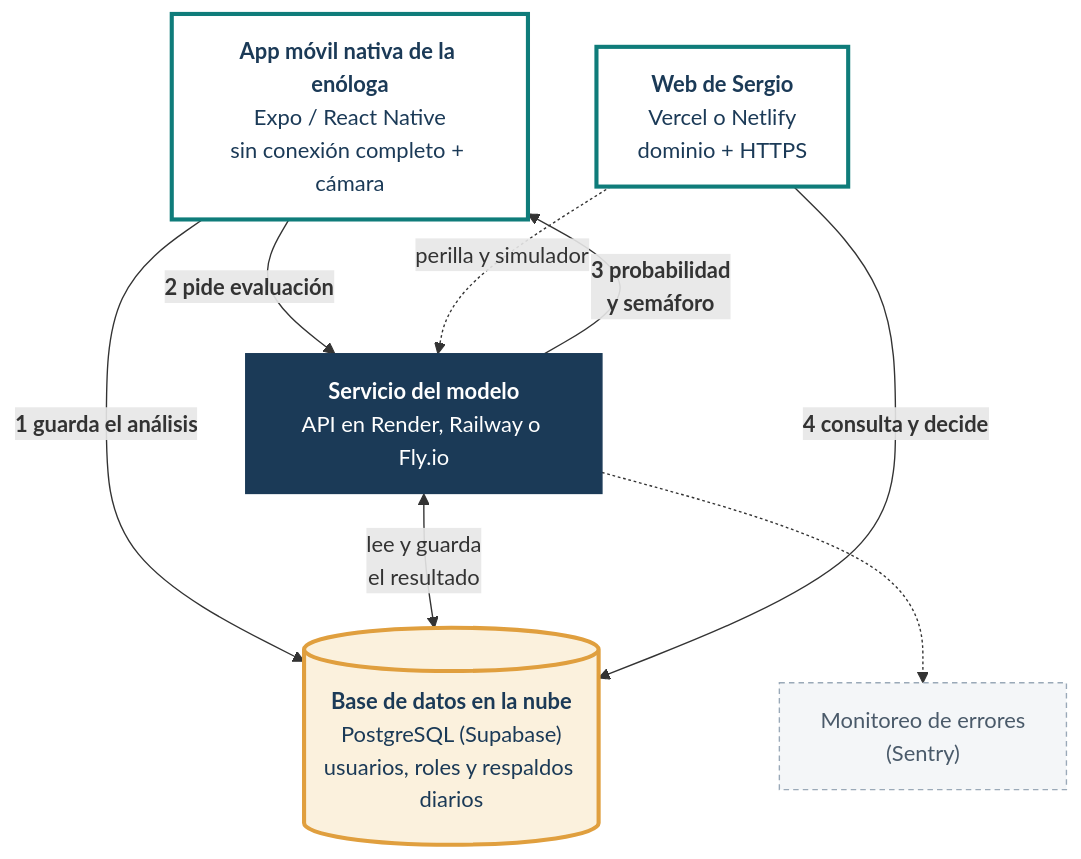
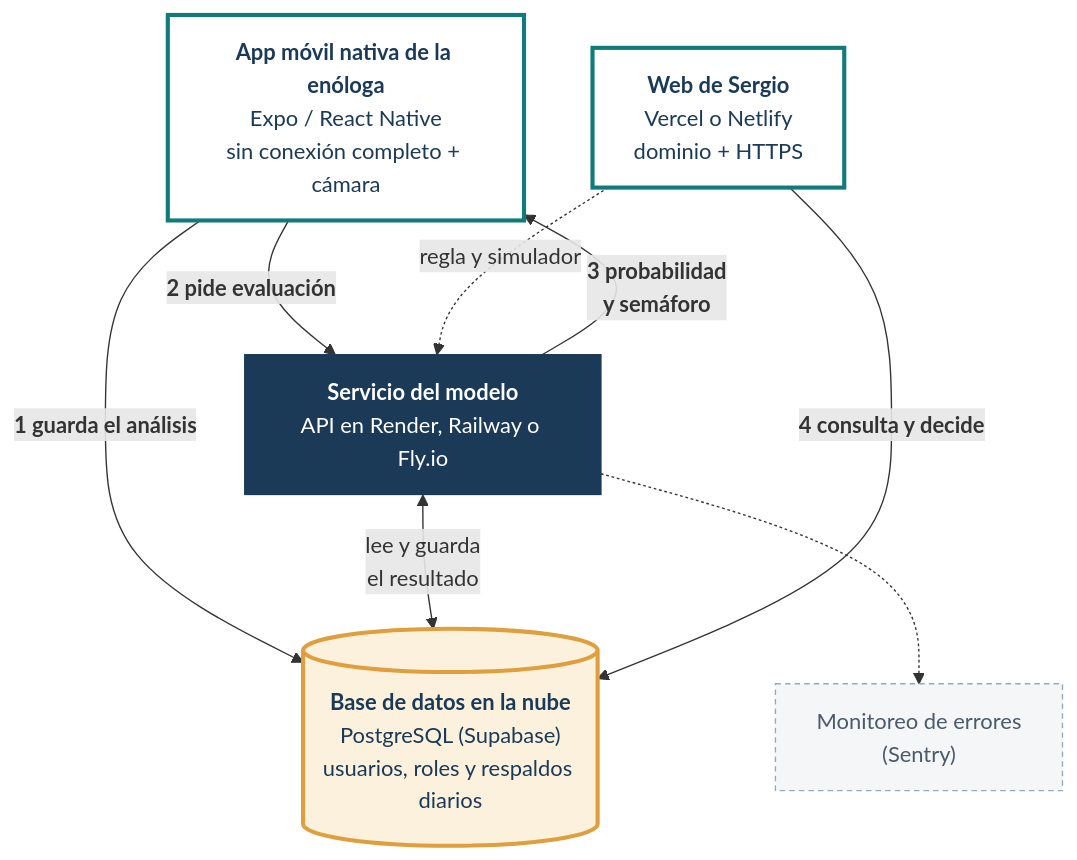
The second of 2 diagrams in docs/arquitectura.md (vegarios-spec/vinoscore), drawn with Mermaid before and after one commit. The commit also changed 7 other files, not shown here.

````diff
--- a/docs/arquitectura.md
+++ b/docs/arquitectura.md
@@ -52,24 +52,24 @@
 ```mermaid
 flowchart TB
   OE["<b>App móvil nativa de la enóloga</b><br/>Expo / React Native<br/>sin conexión completo + cámara"]
   OS["<b>Web de Sergio</b><br/>Vercel o Netlify<br/>dominio + HTTPS"]
   OA["<b>Servicio del modelo</b><br/>API en Render, Railway o Fly.io"]
   OD[("<b>Base de datos en la nube</b><br/>PostgreSQL (Supabase)<br/>usuarios, roles y respaldos diarios")]
   OM["Monitoreo de errores<br/>(Sentry)"]
   OE -- "<b>1 guarda el análisis</b>" --> OD
   OE -- "<b>2 pide evaluación</b>" --> OA
   OA -- "<b>3 probabilidad<br/>y semáforo</b>" --> OE
   OA <-- "lee y guarda<br/>el resultado" --> OD
   OS -- "<b>4 consulta y decide</b>" --> OD
-  OS -. "perilla y simulador" .-> OA
+  OS -. "regla y simulador" .-> OA
   OA -.-> OM
 
   classDef app fill:#ffffff,stroke:#0F7C7A,stroke-width:3px,color:#1B3A57
   classDef api fill:#1B3A57,stroke:#1B3A57,color:#ffffff
   classDef bd fill:#FBF1DD,stroke:#E09F3E,stroke-width:3px,color:#1B3A57
   classDef aux fill:#F4F6F8,stroke:#9AA9B8,stroke-dasharray:4 3,color:#4A5A6A
   class OE,OS app
   class OA api
   class OD bd
   class OM aux
 ```
````
